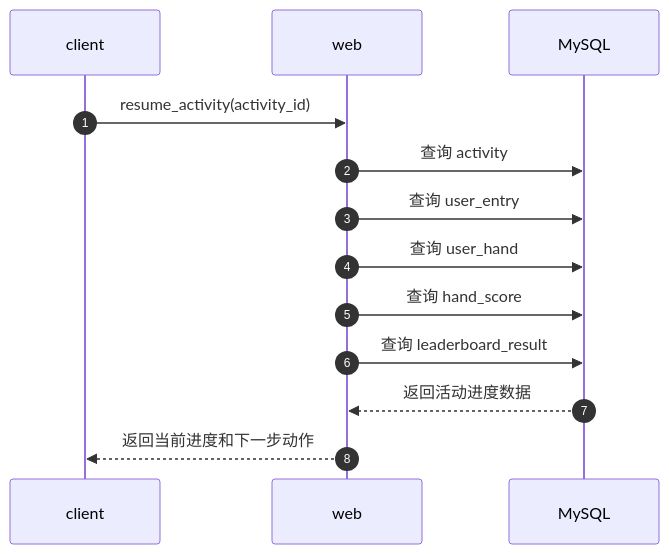
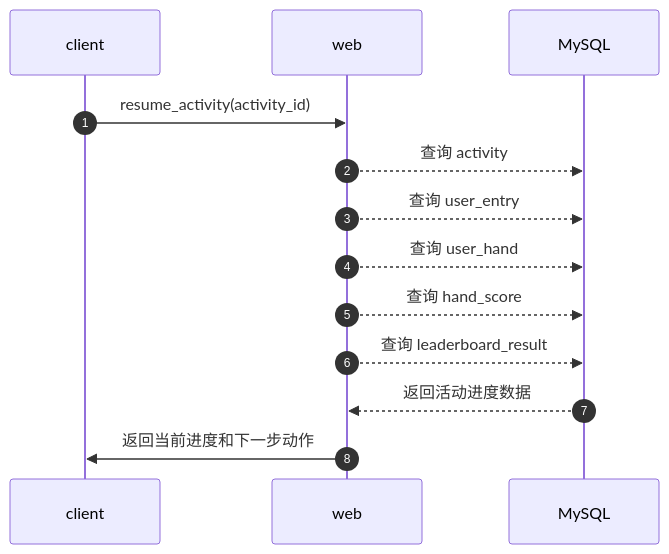
One commit to zdl20251023-pixel/agent-frame changed the fifth of 23 diagrams in docs/复述扑克/评审02/02-设计文档.md. Above: the diagram before and after it, drawn with Mermaid. The commit also changed other lines of this file and 1 other file, not shown here.

````diff
--- a/docs/复述扑克/评审02/02-设计文档.md
+++ b/docs/复述扑克/评审02/02-设计文档.md
@@ -269,16 +289,16 @@
 ```mermaid
 sequenceDiagram
     autonumber
     participant client
     participant web
     participant MySQL
 
     client->>web: resume_activity(activity_id)
-    web->>MySQL: 查询 activity
-    web->>MySQL: 查询 user_entry
-    web->>MySQL: 查询 user_hand
-    web->>MySQL: 查询 hand_score
-    web->>MySQL: 查询 leaderboard_result
+    web-->>MySQL: 查询 activity
+    web-->>MySQL: 查询 user_entry
+    web-->>MySQL: 查询 user_hand
+    web-->>MySQL: 查询 hand_score
+    web-->>MySQL: 查询 leaderboard_result
     MySQL-->>web: 返回活动进度数据
-    web-->>client: 返回当前进度和下一步动作
+    web->>client: 返回当前进度和下一步动作
 ```
````
